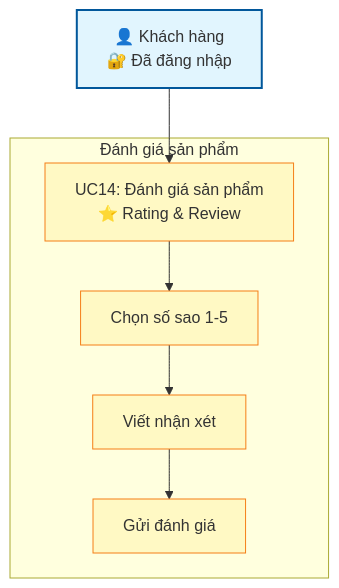
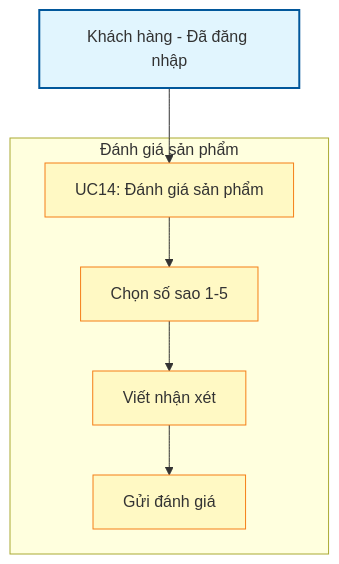
The fifth of 15 diagrams in docs/COMPLETE_USE_CASES.md (vinhhoang04cp/webshop), drawn with Mermaid before and after one commit. The commit also changed other lines of this file, not shown here.

````diff
--- a/docs/COMPLETE_USE_CASES.md
+++ b/docs/COMPLETE_USE_CASES.md
@@ -382,22 +382,22 @@
 ```mermaid
 graph TB
-    Customer[👤 Khách hàng<br/>🔐 Đã đăng nhập]
+    Customer[Khách hàng - Đã đăng nhập]
     
     subgraph "Đánh giá sản phẩm"
-        UC14[UC14: Đánh giá sản phẩm<br/>⭐ Rating & Review]
+        UC14[UC14: Đánh giá sản phẩm]
         UC14A[Chọn số sao 1-5]
         UC14B[Viết nhận xét]
         UC14C[Gửi đánh giá]
     end
     
     Customer --> UC14
     UC14 --> UC14A
     UC14A --> UC14B
     UC14B --> UC14C
     
     classDef actor fill:#e1f5fe,stroke:#01579b,stroke-width:2px
     classDef usecase fill:#fff9c4,stroke:#f57f17,stroke-width:1px
     
     class Customer actor
     class UC14,UC14A,UC14B,UC14C usecase
 ```
````
